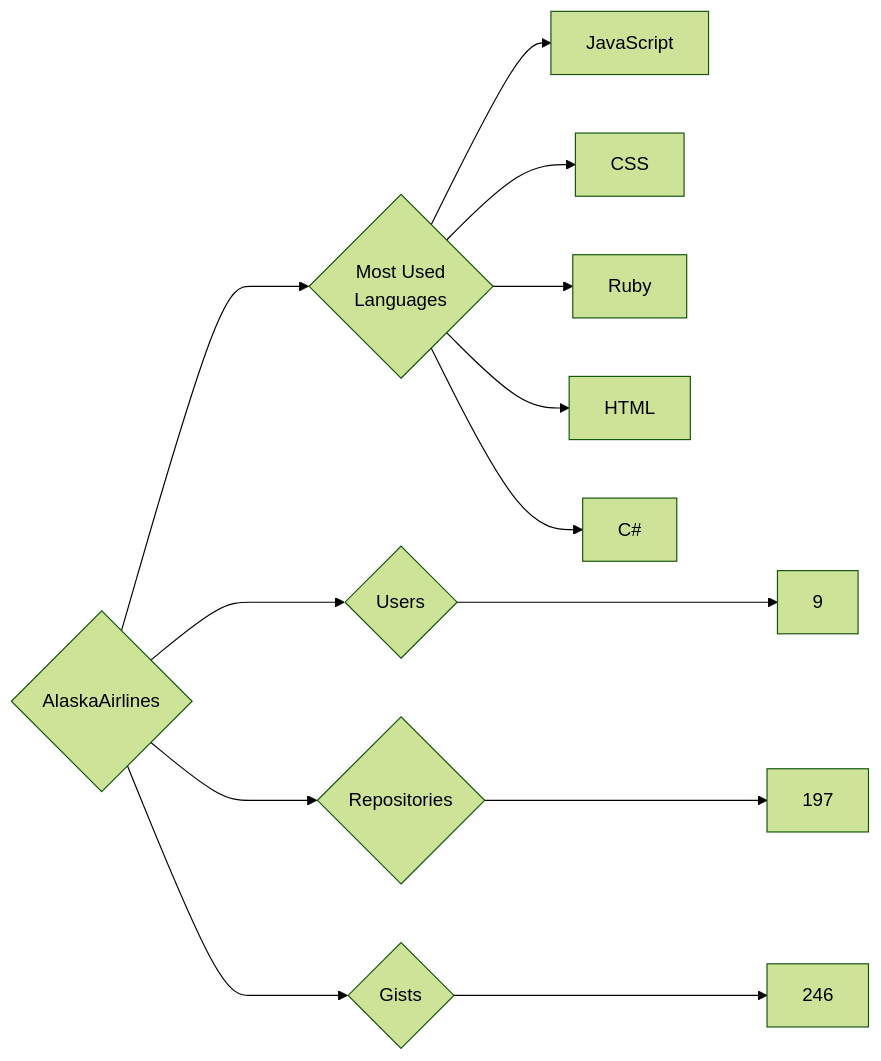
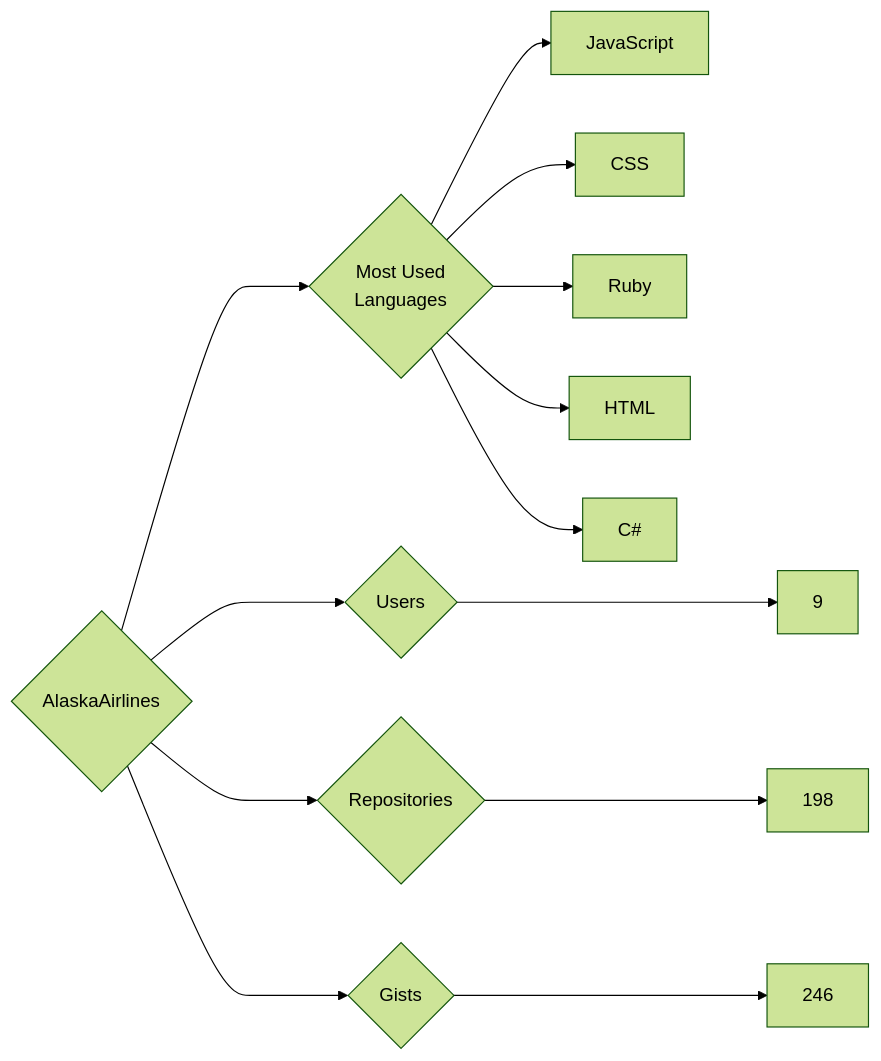
Before and after one commit to trickest/insiders: the diagram in targets/AlaskaAirlines/README.md, drawn with Mermaid (forest theme). The commit also changed 874 other files, not shown here.

````diff
--- a/targets/AlaskaAirlines/README.md
+++ b/targets/AlaskaAirlines/README.md
@@ -3,13 +3,13 @@
 ```mermaid
 graph LR
 COMPANY_NAME{AlaskaAirlines}
 COMPANY_NAME ---> U{Users} ---> UN[9]
-COMPANY_NAME ---> R{Repositories} ---> RN[197]
+COMPANY_NAME ---> R{Repositories} ---> RN[198]
 COMPANY_NAME ---> G{Gists} ---> GN[246]
 COMPANY_NAME ---> ML{Most Used<br>Languages}
 ML --> JavaScript[JavaScript]
 ML --> CSS[CSS]
 ML --> Ruby[Ruby]
 ML --> HTML[HTML]
 ML --> C#[C#]
 ```
````
